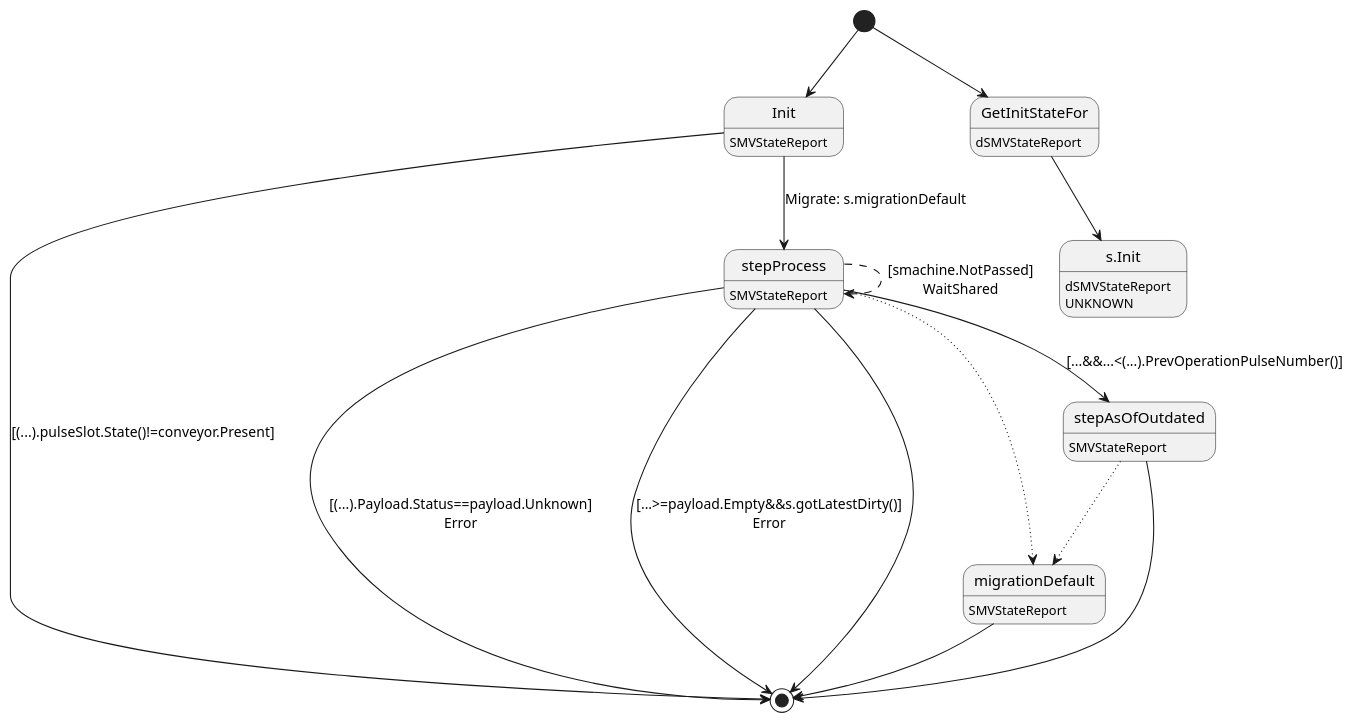
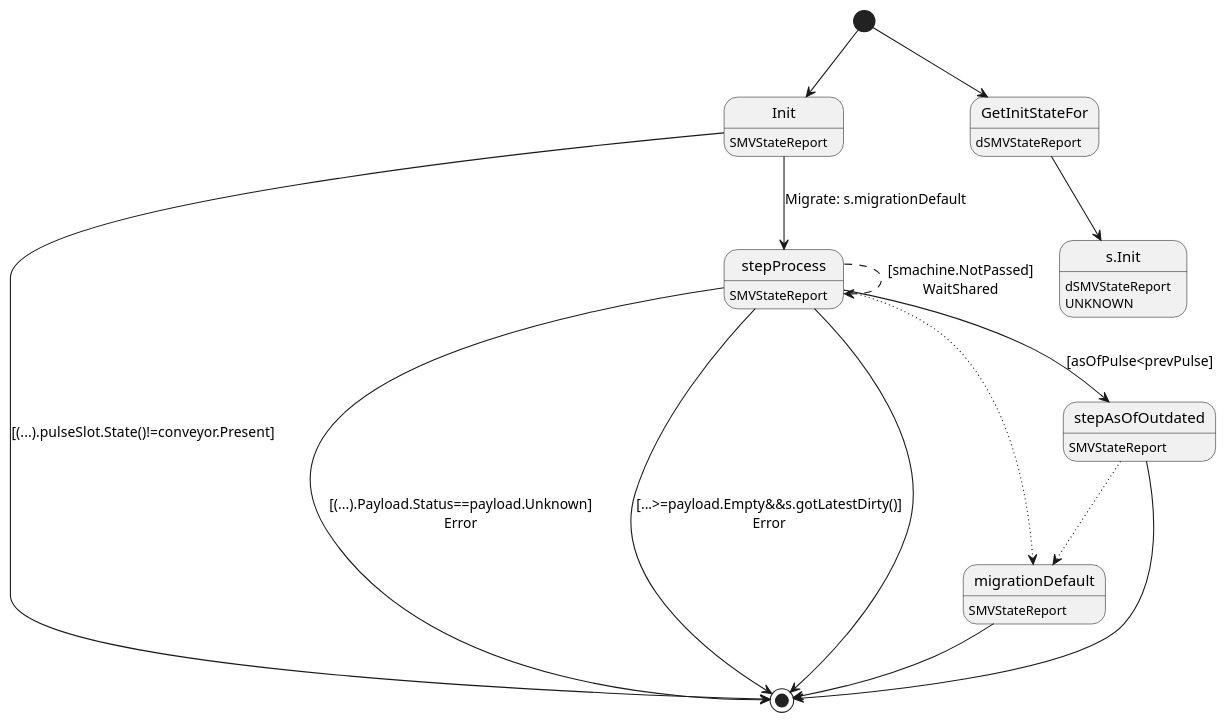
One commit to insolar/assured-ledger changed the diagram in ledger-core/virtual/handlers/vstatereport.plantuml. Above: the diagram before and after it, drawn with PlantUML. The commit also changed 1 other file, not shown here.

Commit message:
PLAT-728: Fix uml + fix test

```diff
--- a/ledger-core/virtual/handlers/vstatereport.plantuml
+++ b/ledger-core/virtual/handlers/vstatereport.plantuml
@@ -1,29 +1,29 @@
 @startuml
 state "Init" as T01_S001
 T01_S001 : SMVStateReport
 [*] --> T01_S001
 T01_S001 --> [*] : [(...).pulseSlot.State()!=conveyor.Present]
 T01_S001 --> T01_S003 : Migrate: s.migrationDefault
 state "migrationDefault" as T01_S002
 T01_S002 : SMVStateReport
 T01_S002 --> [*]
 state "stepAsOfOutdated" as T01_S004
 T01_S004 : SMVStateReport
 T01_S004 --[dotted]> T01_S002
 T01_S004 --> [*]
 state "stepProcess" as T01_S003
 T01_S003 : SMVStateReport
 T01_S003 --[dotted]> T01_S002
 T01_S003 --> [*] : [(...).Payload.Status==payload.Unknown]\nError
 T01_S003 --> [*] : [...>=payload.Empty&&s.gotLatestDirty()]\nError
-T01_S003 --> T01_S004 : [...&&...<(...).PrevOperationPulseNumber()]
+T01_S003 --> T01_S004 : [asOfPulse<prevPulse]
 T01_S003 --[dashed]> T01_S003 : [smachine.NotPassed]\nWaitShared
 T01_S003 --> [*]
 state "GetInitStateFor" as T00_S001
 T00_S001 : dSMVStateReport
 [*] --> T00_S001
 state "s.Init" as T00_U001
 T00_U001 : dSMVStateReport
 T00_U001 : UNKNOWN 
 T00_S001 --> T00_U001
 @enduml
```
